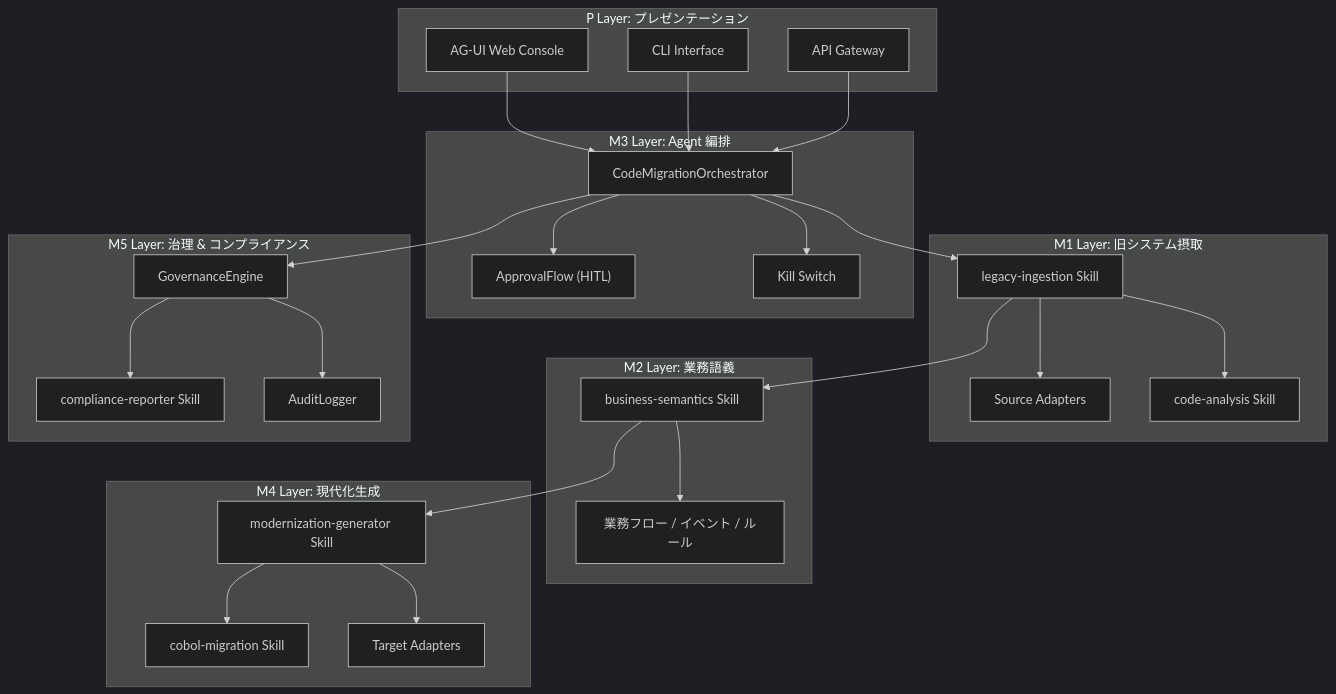
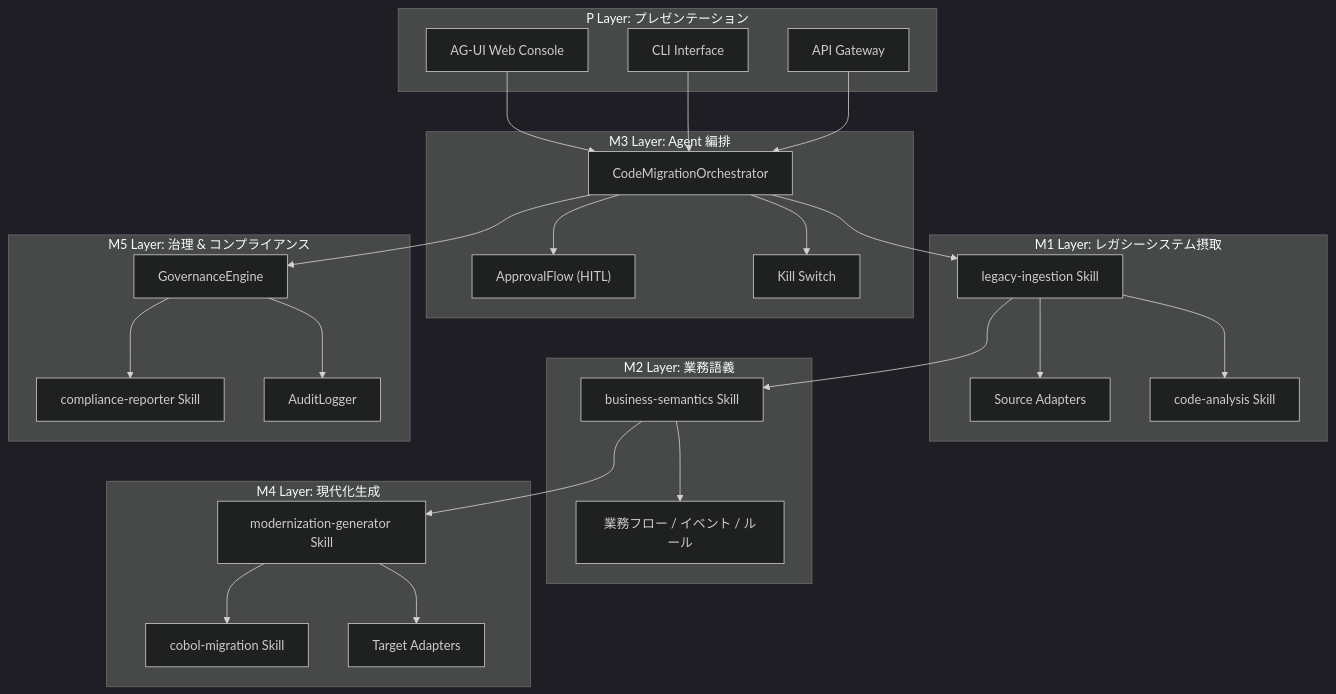
The first of 3 diagrams in apps/code_migration_assistant/docs/DESIGN.md (liushuang393/serverlessAIAgents), drawn with Mermaid (dark theme) before and after one commit. The commit also changed 56 other files, not shown here.

````diff
--- a/apps/code_migration_assistant/docs/DESIGN.md
+++ b/apps/code_migration_assistant/docs/DESIGN.md
@@ -15,54 +15,54 @@
 ```mermaid
 graph TB
     subgraph "P Layer: プレゼンテーション"
         P1["AG-UI Web Console"]
         P2["CLI Interface"]
         P3["API Gateway"]
     end
 
     subgraph "M3 Layer: Agent 編排"
         M3A["CodeMigrationOrchestrator"]
         M3B["ApprovalFlow (HITL)"]
         M3C["Kill Switch"]
     end
 
-    subgraph "M1 Layer: 旧システム摂取"
+    subgraph "M1 Layer: レガシーシステム摂取"
         M1A["legacy-ingestion Skill"]
         M1B["Source Adapters"]
         M1C["code-analysis Skill"]
     end
 
     subgraph "M2 Layer: 業務語義"
         M2A["business-semantics Skill"]
         M2B["業務フロー / イベント / ルール"]
     end
 
     subgraph "M4 Layer: 現代化生成"
         M4A["modernization-generator Skill"]
         M4B["cobol-migration Skill"]
         M4C["Target Adapters"]
     end
 
     subgraph "M5 Layer: 治理 & コンプライアンス"
         M5A["GovernanceEngine"]
         M5B["compliance-reporter Skill"]
         M5C["AuditLogger"]
     end
 
     P1 --> M3A
     P2 --> M3A
     P3 --> M3A
     M3A --> M1A
     M3A --> M3B
     M3A --> M3C
     M1A --> M1B
     M1A --> M1C
     M1A --> M2A
     M2A --> M2B
     M2A --> M4A
     M4A --> M4B
     M4A --> M4C
     M3A --> M5A
     M5A --> M5B
     M5A --> M5C
 ```
````
